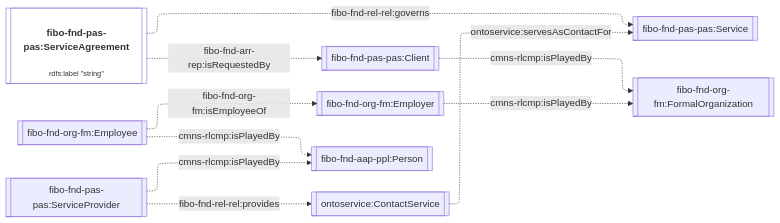
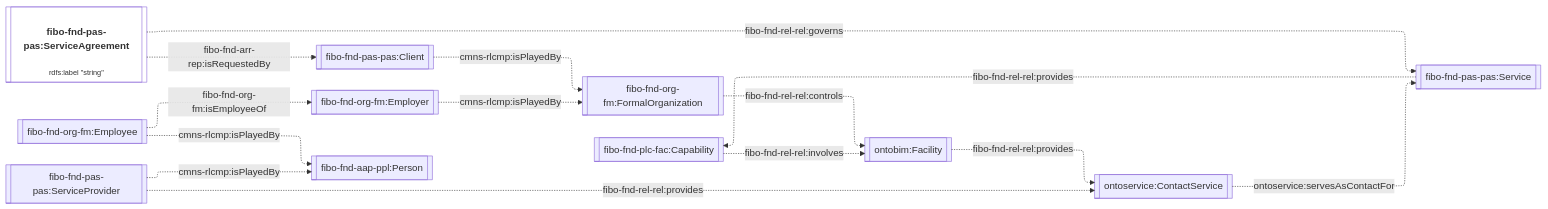
Before and after one commit to TheWorldAvatar/ontology: the eighth of 17 diagrams in ontology/ontoservice/README.md, drawn with Mermaid. The commit also changed 1 other file, not shown here.

Commit message:
dev-ontoservice-extension: extend contact service and facility links

````diff
--- a/ontology/ontoservice/README.md
+++ b/ontology/ontoservice/README.md
@@ -208,20 +208,25 @@
 ```mermaid
 %%{init: {"flowchart": {"defaultRenderer": "elk"}} }%%
 flowchart LR
     %% Styling
     classDef literal fill:none
     classDef node overflow-wrap:break-word,text-wrap:pretty
     linkStyle default overflow-wrap:break-word,text-wrap:pretty;
 
     %% Contents
     Agreement[["<h4>fibo-fnd-pas-pas:ServiceAgreement</h4><p style='font-size:0.75rem;'>rdfs:label &quot;string&quot;</p>"]]:::literal -. fibo-fnd-rel-rel:governs .-> Service[[fibo-fnd-pas-pas:Service]]
     Agreement -. fibo-fnd-arr-rep:isRequestedBy .-> Client[[fibo-fnd-pas-pas:Client]]
     Employer[[fibo-fnd-org-fm:Employer]] -. cmns-rlcmp:isPlayedBy .-> Org[[fibo-fnd-org-fm:FormalOrganization]]
     Client -. cmns-rlcmp:isPlayedBy .-> Org
 
     Employee[[fibo-fnd-org-fm:Employee]] -. cmns-rlcmp:isPlayedBy .-> Person[[fibo-fnd-aap-ppl:Person]]
     Employee -. fibo-fnd-org-fm:isEmployeeOf .-> Employer
     ServiceProvider[[fibo-fnd-pas-pas:ServiceProvider]] -. cmns-rlcmp:isPlayedBy .-> Person[[fibo-fnd-aap-ppl:Person]]
     ServiceProvider -. fibo-fnd-rel-rel:provides .-> ContactService[[ontoservice:ContactService]]
     ContactService -. ontoservice:servesAsContactFor .-> Service
+    
+    Service -. fibo-fnd-rel-rel:provides .-> Capability[[fibo-fnd-plc-fac:Capability]]
+    Capability -. fibo-fnd-rel-rel:involves .-> Facility[[ontobim:Facility]]
+    Org -. fibo-fnd-rel-rel:controls .-> Facility
+    Facility[[ontobim:Facility]] -. fibo-fnd-rel-rel:provides .-> ContactService[[ontoservice:ContactService]]
 ```
````
